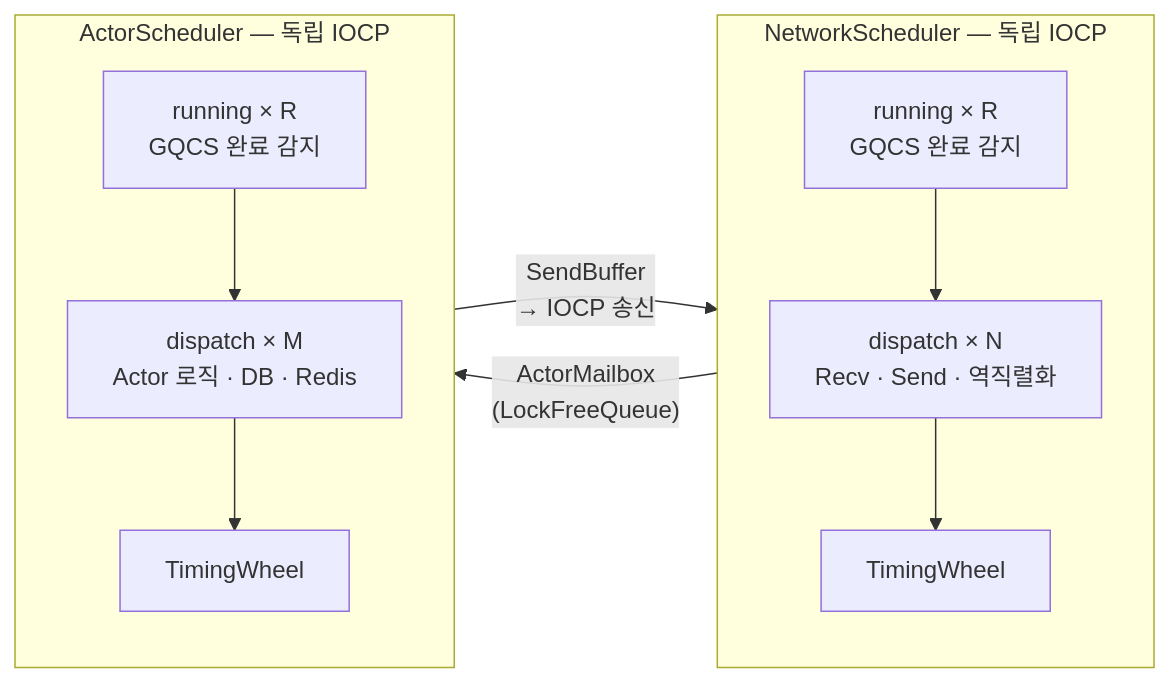
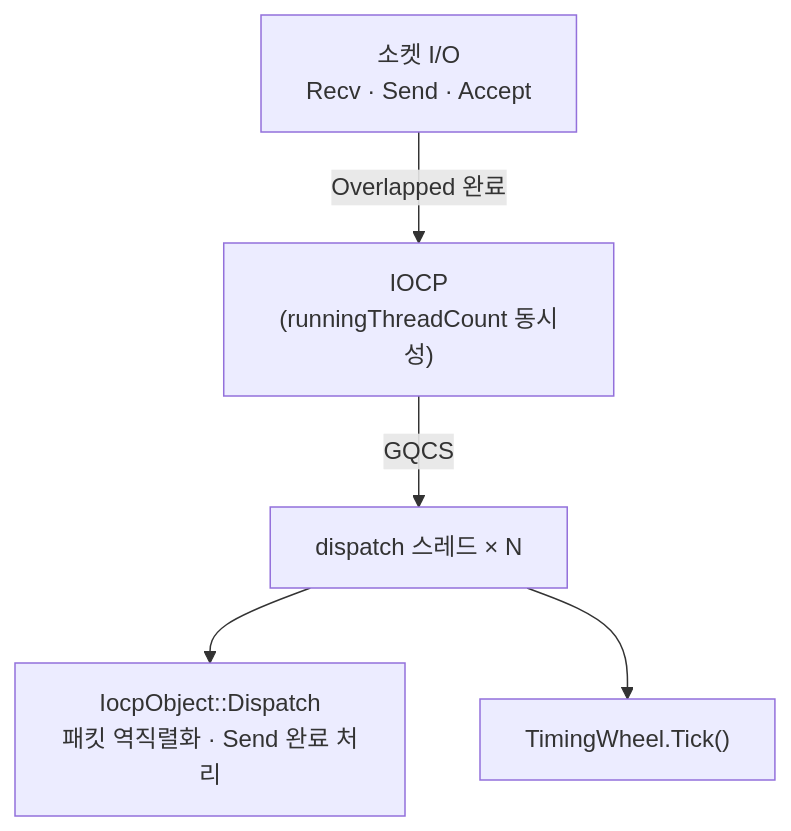
The second of 7 diagrams in README.md (jch5158/DH1_MMORPG), drawn with Mermaid before and after one commit. The commit also changed other lines of this file, not shown here.

Commit message:
docs: 스레드 모델 다이어그램 분리 — NetworkScheduler(소켓 I/O)와 ActorScheduler(PQCS 기반 Actor 디스패치) 별도 표현

````diff
--- a/README.md
+++ b/README.md
@@ -58,21 +62,8 @@
 ```mermaid
-flowchart LR
-    subgraph NET["NetworkScheduler — 독립 IOCP"]
-        direction TB
-        N1["running × R\nGQCS 완료 감지"]
-        N2["dispatch × N\nRecv · Send · 역직렬화"]
-        N3["TimingWheel"]
-        N1 --> N2 --> N3
-    end
-
-    subgraph ACT["ActorScheduler — 독립 IOCP"]
-        direction TB
-        A1["running × R\nGQCS 완료 감지"]
-        A2["dispatch × M\nActor 로직 · DB · Redis"]
-        A3["TimingWheel"]
-        A1 --> A2 --> A3
-    end
-
-    N2 -- "ActorMailbox\n(LockFreeQueue)" --> A1
-    A2 -- "SendBuffer\n→ IOCP 송신" --> N1
+flowchart TB
+    S["소켓 I/O\nRecv · Send · Accept"]
+    S -->|"Overlapped 완료"| IOCP["IOCP\n(runningThreadCount 동시성)"]
+    IOCP -->|"GQCS"| D["dispatch 스레드 × N"]
+    D --> P["IocpObject::Dispatch\n패킷 역직렬화 · Send 완료 처리"]
+    D --> TW["TimingWheel.Tick()"]
 ```
````
